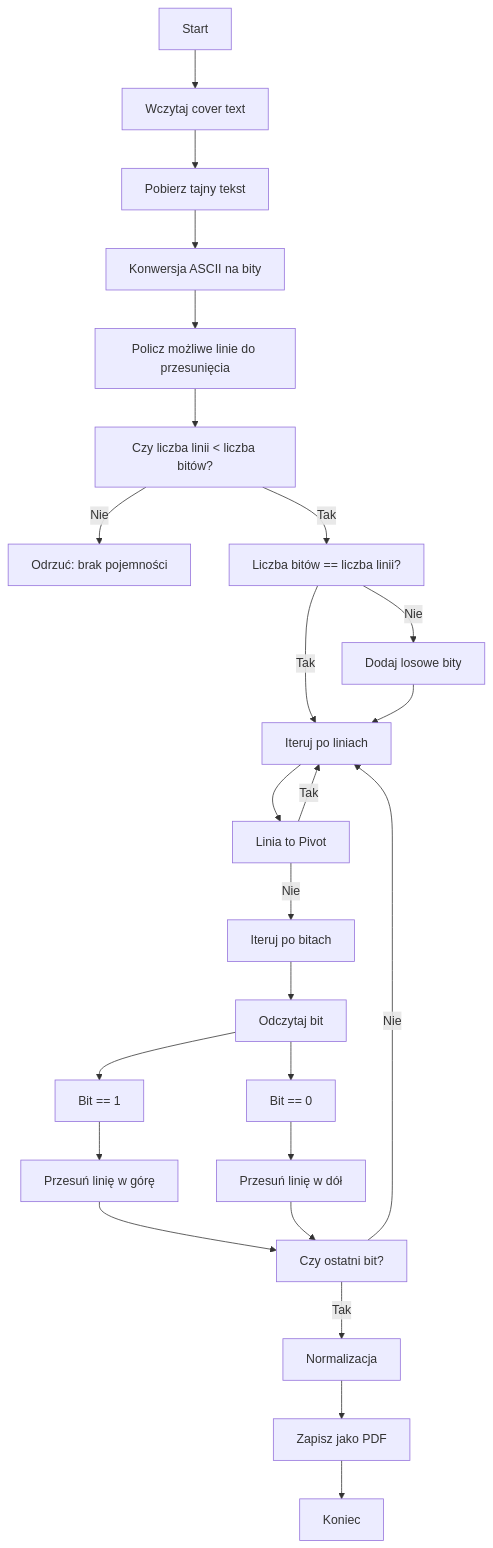
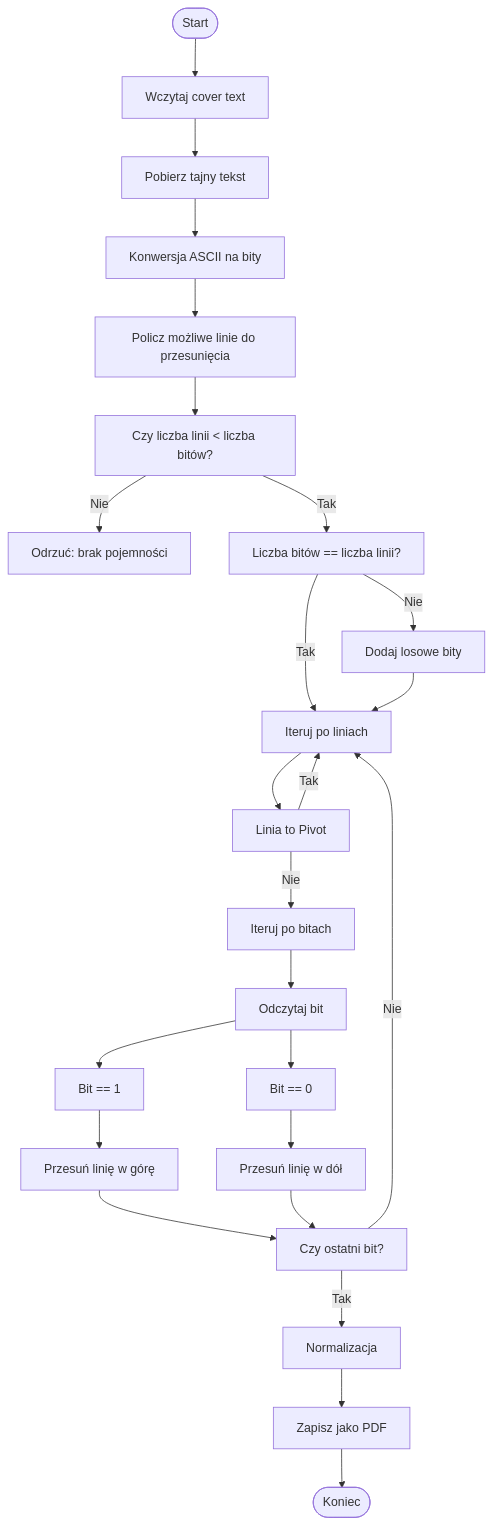
One commit to jSkwarczek/Steganografia changed the fifth of 12 diagrams in docs/index.md. Above: the diagram before and after it, drawn with Mermaid. The commit also changed other lines of this file and 6 other files, not shown here.

Commit message:
Added all flow charts

````diff
--- a/docs/index.md
+++ b/docs/index.md
@@ -137,34 +140,34 @@
 ```mermaid
 flowchart TD
 
-A[Start] --> B[Wczytaj cover text]
+A([Start]) --> B[Wczytaj cover text]
 B --> D[Pobierz tajny tekst]
 D --> E[Konwersja ASCII na bity]
 
 E --> F[Policz możliwe linie do przesunięcia]
 F --> G[Czy liczba linii < liczba bitów?]
 G -->|Nie| Z[Odrzuć: brak pojemności]
 G -->|Tak| H[Liczba bitów == liczba linii?]
 
 H --> |Nie| I[Dodaj losowe bity]
-H --> |Tak| V
+H --> |Tak| V[Iteruj po liniach]
 
-I --> V[Iteruj po liniach]
+I --> V
 
 V --> VV[Linia to Pivot]
 
 VV --> |Tak| V
 VV --> |Nie| J[Iteruj po bitach]
 
 J --> K[Odczytaj bit]
 K --> L[Bit == 1]
 K --> M[Bit == 0]
 L --> N[Przesuń linię w górę]
 M --> O[Przesuń linię w dół]
 N --> R[Czy ostatni bit?]
 O --> R[Czy ostatni bit?]
 R -->|Nie| V
 R -->|Tak| S[Normalizacja]
 S --> T[Zapisz jako PDF]
-T --> U[Koniec]
+T --> U([Koniec])
 ```
````
